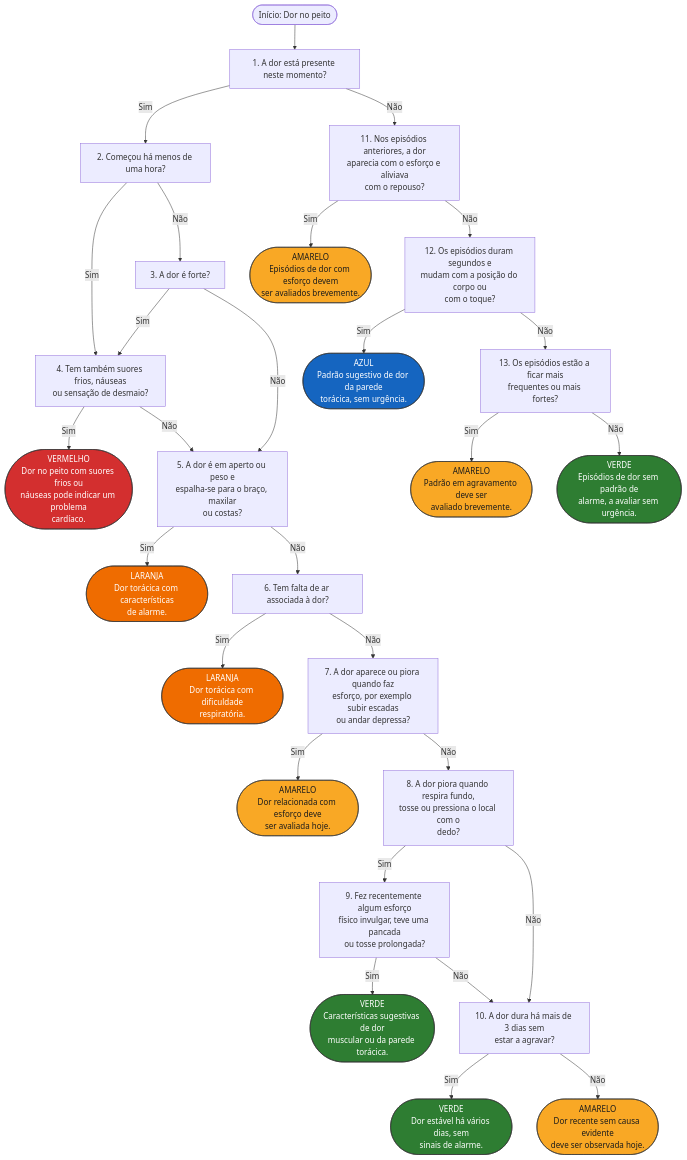
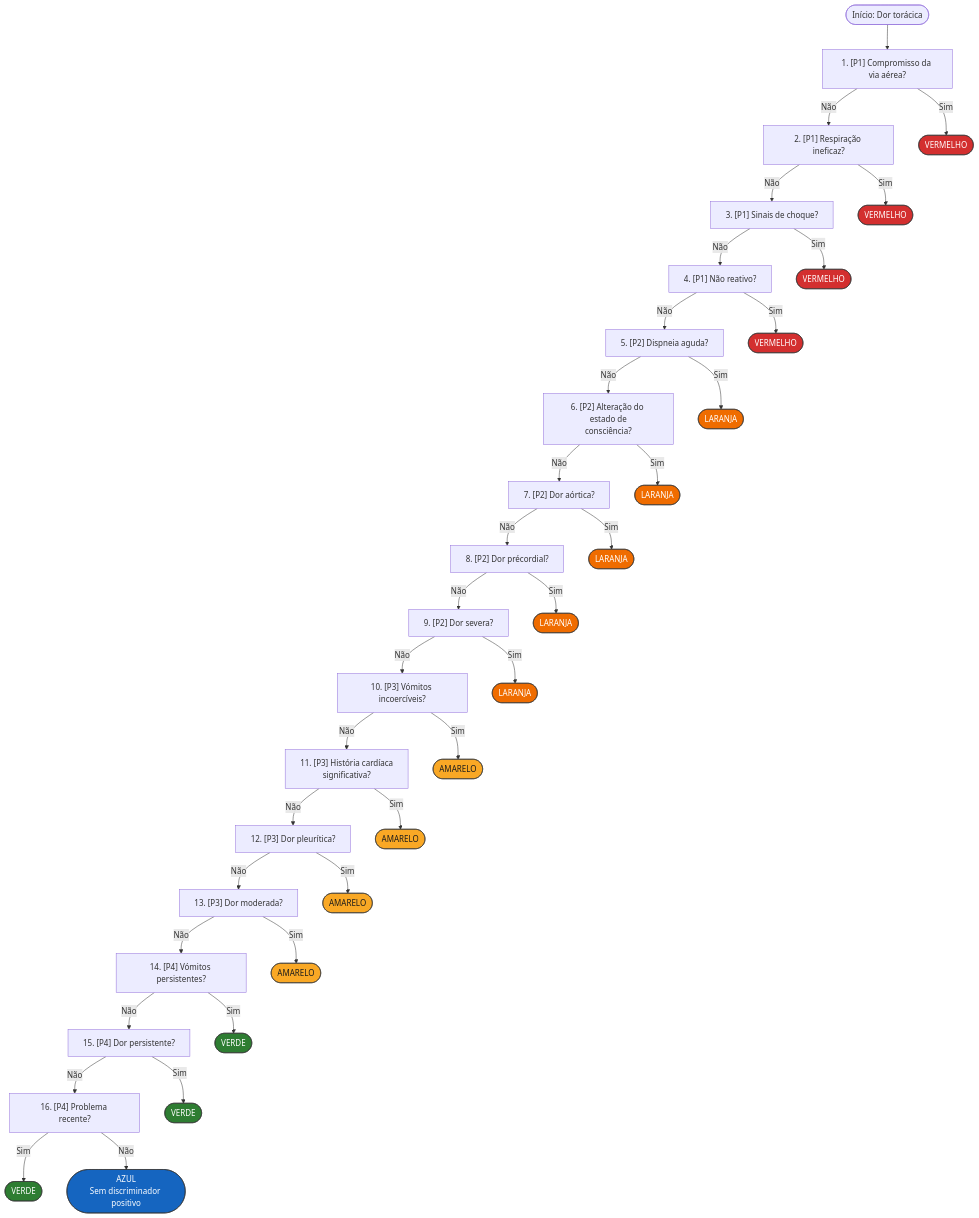
The diagram in docs/fluxogramas/dor_toracica.mmd (RodrigoSVieira12/SESARAMapp), drawn with Mermaid before and after one commit. The commit also changed 247 other files, not shown here.

```diff
--- a/docs/fluxogramas/dor_toracica.mmd
+++ b/docs/fluxogramas/dor_toracica.mmd
@@ -1,58 +1,73 @@
 flowchart TD
-  inicio(["Início: Dor no peito"])
-  dt_q1["1. A dor está presente neste momento?"]
-  dt_q2["2. Começou há menos de uma hora?"]
-  dt_q3["3. A dor é forte?"]
-  dt_q4["4. Tem também suores frios, náuseas<br/>ou sensação de desmaio?"]
-  dt_q5["5. A dor é em aperto ou peso e<br/>espalha-se para o braço, maxilar<br/>ou costas?"]
-  dt_q6["6. Tem falta de ar associada à dor?"]
-  dt_q7["7. A dor aparece ou piora quando faz<br/>esforço, por exemplo subir escadas<br/>ou andar depressa?"]
-  dt_q8["8. A dor piora quando respira fundo,<br/>tosse ou pressiona o local com o<br/>dedo?"]
-  dt_q9["9. Fez recentemente algum esforço<br/>físico invulgar, teve uma pancada<br/>ou tosse prolongada?"]
-  dt_q10["10. A dor dura há mais de 3 dias sem<br/>estar a agravar?"]
-  dt_q11["11. Nos episódios anteriores, a dor<br/>aparecia com o esforço e aliviava<br/>com o repouso?"]
-  dt_q12["12. Os episódios duram segundos e<br/>mudam com a posição do corpo ou<br/>com o toque?"]
-  dt_q13["13. Os episódios estão a ficar mais<br/>frequentes ou mais fortes?"]
-  inicio --> dt_q1
-  dt_q1 -->|Sim| dt_q2
-  dt_q1 -->|Não| dt_q11
-  dt_q2 -->|Sim| dt_q4
-  dt_q2 -->|Não| dt_q3
-  dt_q3 -->|Sim| dt_q4
-  dt_q3 -->|Não| dt_q5
-  dt_q4_sim(["VERMELHO<br/>Dor no peito com suores frios ou<br/>náuseas pode indicar um problema<br/>cardíaco."]):::vermelho
-  dt_q4 -->|Sim| dt_q4_sim
-  dt_q4 -->|Não| dt_q5
-  dt_q5_sim(["LARANJA<br/>Dor torácica com características<br/>de alarme."]):::laranja
-  dt_q5 -->|Sim| dt_q5_sim
-  dt_q5 -->|Não| dt_q6
-  dt_q6_sim(["LARANJA<br/>Dor torácica com dificuldade<br/>respiratória."]):::laranja
-  dt_q6 -->|Sim| dt_q6_sim
-  dt_q6 -->|Não| dt_q7
-  dt_q7_sim(["AMARELO<br/>Dor relacionada com esforço deve<br/>ser avaliada hoje."]):::amarelo
-  dt_q7 -->|Sim| dt_q7_sim
-  dt_q7 -->|Não| dt_q8
-  dt_q8 -->|Sim| dt_q9
-  dt_q8 -->|Não| dt_q10
-  dt_q9_sim(["VERDE<br/>Características sugestivas de dor<br/>muscular ou da parede torácica."]):::verde
-  dt_q9 -->|Sim| dt_q9_sim
-  dt_q9 -->|Não| dt_q10
-  dt_q10_sim(["VERDE<br/>Dor estável há vários dias, sem<br/>sinais de alarme."]):::verde
-  dt_q10 -->|Sim| dt_q10_sim
-  dt_q10_nao(["AMARELO<br/>Dor recente sem causa evidente<br/>deve ser observada hoje."]):::amarelo
-  dt_q10 -->|Não| dt_q10_nao
-  dt_q11_sim(["AMARELO<br/>Episódios de dor com esforço devem<br/>ser avaliados brevemente."]):::amarelo
-  dt_q11 -->|Sim| dt_q11_sim
-  dt_q11 -->|Não| dt_q12
-  dt_q12_sim(["AZUL<br/>Padrão sugestivo de dor da parede<br/>torácica, sem urgência."]):::azul
-  dt_q12 -->|Sim| dt_q12_sim
-  dt_q12 -->|Não| dt_q13
-  dt_q13_sim(["AMARELO<br/>Padrão em agravamento deve ser<br/>avaliado brevemente."]):::amarelo
-  dt_q13 -->|Sim| dt_q13_sim
-  dt_q13_nao(["VERDE<br/>Episódios de dor sem padrão de<br/>alarme, a avaliar sem urgência."]):::verde
-  dt_q13 -->|Não| dt_q13_nao
+  inicio(["Início: Dor torácica"])
+  dor_toracica_p1_1851["1. [P1] Compromisso da via aérea?"]
+  dor_toracica_p1_2122["2. [P1] Respiração ineficaz?"]
+  dor_toracica_p1_2367["3. [P1] Sinais de choque?"]
+  dor_toracica_p1_2376["4. [P1] Não reativo?"]
+  dor_toracica_p2_2415["5. [P2] Dispneia aguda?"]
+  dor_toracica_p2_2416["6. [P2] Alteração do estado de<br/>consciência?"]
+  dor_toracica_p2_2417["7. [P2] Dor aórtica?"]
+  dor_toracica_p2_2418["8. [P2] Dor précordial?"]
+  dor_toracica_p2_2419["9. [P2] Dor severa?"]
+  dor_toracica_p3_2420["10. [P3] Vómitos incoercíveis?"]
+  dor_toracica_p3_2421["11. [P3] História cardíaca<br/>significativa?"]
+  dor_toracica_p3_2422["12. [P3] Dor pleurítica?"]
+  dor_toracica_p3_2423["13. [P3] Dor moderada?"]
+  dor_toracica_p4_2424["14. [P4] Vómitos persistentes?"]
+  dor_toracica_p4_2427["15. [P4] Dor persistente?"]
+  dor_toracica_p4_2428["16. [P4] Problema recente?"]
+  inicio --> dor_toracica_p1_1851
+  dor_toracica_p1_1851_sim(["VERMELHO"]):::vermelho
+  dor_toracica_p1_1851 -->|Sim| dor_toracica_p1_1851_sim
+  dor_toracica_p1_1851 -->|Não| dor_toracica_p1_2122
+  dor_toracica_p1_2122_sim(["VERMELHO"]):::vermelho
+  dor_toracica_p1_2122 -->|Sim| dor_toracica_p1_2122_sim
+  dor_toracica_p1_2122 -->|Não| dor_toracica_p1_2367
+  dor_toracica_p1_2367_sim(["VERMELHO"]):::vermelho
+  dor_toracica_p1_2367 -->|Sim| dor_toracica_p1_2367_sim
+  dor_toracica_p1_2367 -->|Não| dor_toracica_p1_2376
+  dor_toracica_p1_2376_sim(["VERMELHO"]):::vermelho
+  dor_toracica_p1_2376 -->|Sim| dor_toracica_p1_2376_sim
+  dor_toracica_p1_2376 -->|Não| dor_toracica_p2_2415
+  dor_toracica_p2_2415_sim(["LARANJA"]):::laranja
+  dor_toracica_p2_2415 -->|Sim| dor_toracica_p2_2415_sim
+  dor_toracica_p2_2415 -->|Não| dor_toracica_p2_2416
+  dor_toracica_p2_2416_sim(["LARANJA"]):::laranja
+  dor_toracica_p2_2416 -->|Sim| dor_toracica_p2_2416_sim
+  dor_toracica_p2_2416 -->|Não| dor_toracica_p2_2417
+  dor_toracica_p2_2417_sim(["LARANJA"]):::laranja
+  dor_toracica_p2_2417 -->|Sim| dor_toracica_p2_2417_sim
+  dor_toracica_p2_2417 -->|Não| dor_toracica_p2_2418
+  dor_toracica_p2_2418_sim(["LARANJA"]):::laranja
+  dor_toracica_p2_2418 -->|Sim| dor_toracica_p2_2418_sim
+  dor_toracica_p2_2418 -->|Não| dor_toracica_p2_2419
+  dor_toracica_p2_2419_sim(["LARANJA"]):::laranja
+  dor_toracica_p2_2419 -->|Sim| dor_toracica_p2_2419_sim
+  dor_toracica_p2_2419 -->|Não| dor_toracica_p3_2420
+  dor_toracica_p3_2420_sim(["AMARELO"]):::amarelo
+  dor_toracica_p3_2420 -->|Sim| dor_toracica_p3_2420_sim
+  dor_toracica_p3_2420 -->|Não| dor_toracica_p3_2421
+  dor_toracica_p3_2421_sim(["AMARELO"]):::amarelo
+  dor_toracica_p3_2421 -->|Sim| dor_toracica_p3_2421_sim
+  dor_toracica_p3_2421 -->|Não| dor_toracica_p3_2422
+  dor_toracica_p3_2422_sim(["AMARELO"]):::amarelo
+  dor_toracica_p3_2422 -->|Sim| dor_toracica_p3_2422_sim
+  dor_toracica_p3_2422 -->|Não| dor_toracica_p3_2423
+  dor_toracica_p3_2423_sim(["AMARELO"]):::amarelo
+  dor_toracica_p3_2423 -->|Sim| dor_toracica_p3_2423_sim
+  dor_toracica_p3_2423 -->|Não| dor_toracica_p4_2424
+  dor_toracica_p4_2424_sim(["VERDE"]):::verde
+  dor_toracica_p4_2424 -->|Sim| dor_toracica_p4_2424_sim
+  dor_toracica_p4_2424 -->|Não| dor_toracica_p4_2427
+  dor_toracica_p4_2427_sim(["VERDE"]):::verde
+  dor_toracica_p4_2427 -->|Sim| dor_toracica_p4_2427_sim
+  dor_toracica_p4_2427 -->|Não| dor_toracica_p4_2428
+  dor_toracica_p4_2428_sim(["VERDE"]):::verde
+  dor_toracica_p4_2428 -->|Sim| dor_toracica_p4_2428_sim
+  sem_positivo(["AZUL<br/>Sem discriminador positivo"]):::azul
+  dor_toracica_p4_2428 -->|Não| sem_positivo
   classDef amarelo fill:#F9A825,color:#1c1c1c,stroke:#333;
   classDef azul fill:#1565C0,color:#ffffff,stroke:#333;
   classDef laranja fill:#EF6C00,color:#ffffff,stroke:#333;
   classDef verde fill:#2E7D32,color:#ffffff,stroke:#333;
   classDef vermelho fill:#D32F2F,color:#ffffff,stroke:#333;
```
